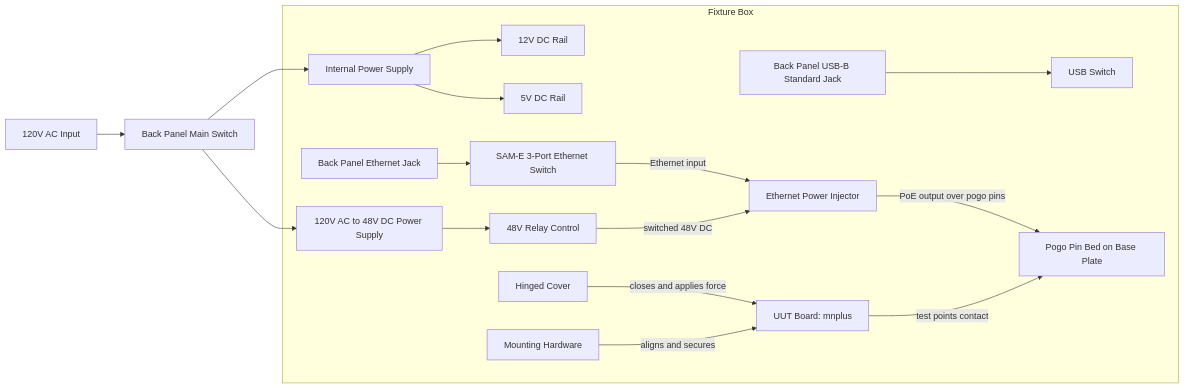
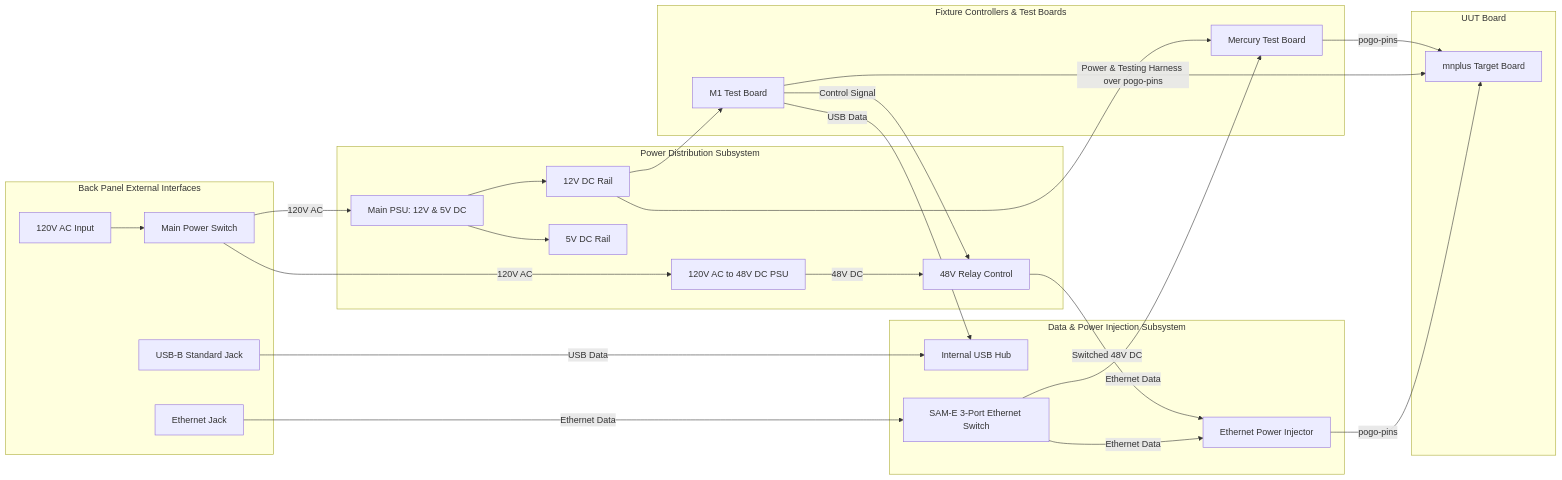
Before and after one commit to lbuchman/m1-platform: the diagram in doc/design-doc/system-diagrams/mnplus-fixture-electrical-operation-diagram.md, drawn with Mermaid. The commit also changed other lines of this file and 2 other files, not shown here.

Commit message:
Update system architecture and fixture electrical diagrams with M1, Mercury, USB Hub, and Draw.io model

````diff
--- a/doc/design-doc/system-diagrams/mnplus-fixture-electrical-operation-diagram.md
+++ b/doc/design-doc/system-diagrams/mnplus-fixture-electrical-operation-diagram.md
@@ -8,38 +8,40 @@
 ```mermaid
 flowchart LR
-    AC[120V AC Input] --> SW[Back Panel Main Switch]
-    SW --> PSU[Internal Power Supply]
-    PSU --> DC12[12V DC Rail]
-    PSU --> DC5[5V DC Rail]
-    SW --> PSU48[120V AC to 48V DC Power Supply]
-    ETH[Back Panel Ethernet Jack]
-    USBB[Back Panel USB-B Standard Jack]
-
-    subgraph Fixture[Fixture Box]
-      PSU
-      DC12
-      DC5
-      PSU48
-      ETH
-      USBB
-      USBSW[USB Switch]
-      SAME[SAM-E 3-Port Ethernet Switch]
-      RELAY[48V Relay Control]
-      POE[Ethernet Power Injector]
-      POGO[Pogo Pin Bed on Base Plate]
-      MNT[Mounting Hardware]
-      COV[Hinged Cover]
-      UUT[UUT Board: mnplus]
+    subgraph BackPanel[Back Panel External Interfaces]
+        AC[120V AC Input] --> SW[Main Power Switch]
+        ETH[Ethernet Jack]
+        USBB[USB-B Standard Jack]
     end
 
-    USBB --> USBSW
-    ETH --> SAME
-    SAME -- Ethernet input --> POE
-    PSU48 --> RELAY
-    RELAY -- switched 48V DC --> POE
-    POE -- PoE output over pogo pins --> POGO
+    subgraph PowerSubsystem[Power Distribution Subsystem]
+        SW -- 120V AC --> PSU_MAIN[Main PSU: 12V & 5V DC]
+        SW -- 120V AC --> PSU_48V[120V AC to 48V DC PSU]
+        PSU_MAIN --> DC12[12V DC Rail]
+        PSU_MAIN --> DC5[5V DC Rail]
+        PSU_48V -- 48V DC --> RELAY[48V Relay Control]
+    end
 
-    COV -- closes and applies force --> UUT
-    UUT -- test points contact --> POGO
-    MNT -- aligns and secures --> UUT
+    subgraph Controller[Fixture Controllers & Test Boards]
+        M1TB[M1 Test Board]
+        MTB[Mercury Test Board]
+        DC12 --> M1TB
+        DC12 --> MTB
+        M1TB -- Control Signal --> RELAY
+    end
+
+    subgraph InterfaceSubsystem[Data & Power Injection Subsystem]
+        USBB -- USB Data --> USBHUB[Internal USB Hub]
+        M1TB -- USB Data --> USBHUB
+        ETH -- Ethernet Data --> SAME[SAM-E 3-Port Ethernet Switch]
+        SAME -- Ethernet Data --> POE[Ethernet Power Injector]
+        SAME -- Ethernet Data --> MTB
+        RELAY -- Switched 48V DC --> POE
+    end
+
+    subgraph UUT[UUT Board]
+        MNPLUS[mnplus Target Board]
+        POE -- pogo-pins --> MNPLUS
+        M1TB -- Power & Testing Harness over pogo-pins --> MNPLUS
+        MTB -- pogo-pins --> MNPLUS
+    end
 ```
````
